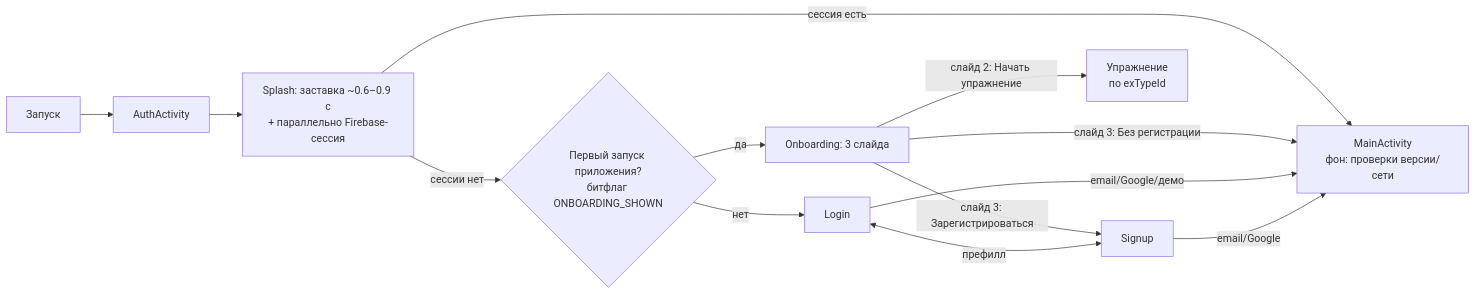
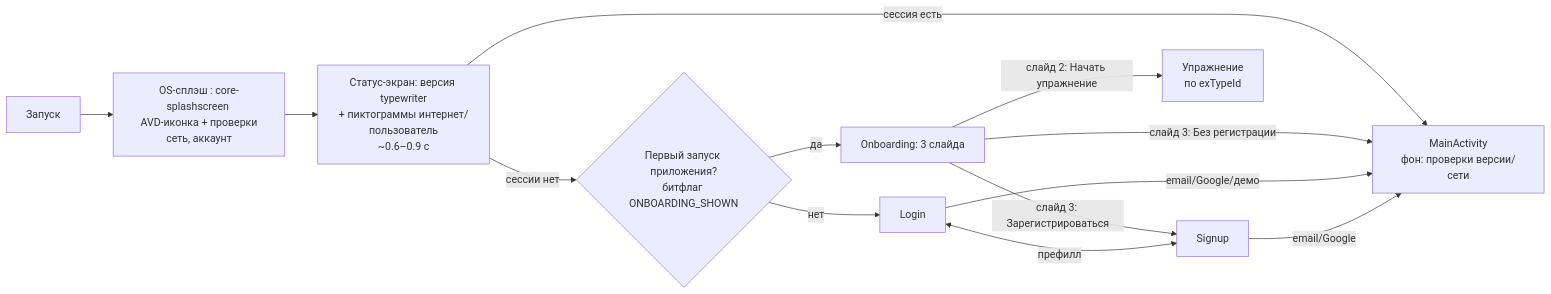
Before and after one commit to Aleksandr-Nebobzod/schulteplus: the diagram in docs/pdca/start-screens/design.md, drawn with Mermaid. The commit also changed other lines of this file and 58 other files, not shown here.

Commit message:
feat: add new splash, auth, anonim, mishmash

````diff
--- a/docs/pdca/start-screens/design.md
+++ b/docs/pdca/start-screens/design.md
@@ -8,15 +8,15 @@
 ```mermaid
 flowchart LR
-    START[Запуск] --> A[AuthActivity]
-    A --> SP[Splash: заставка ~0.6–0.9 c<br/>+ параллельно Firebase-сессия]
+    START[Запуск] --> OS[OS-сплэш : core-splashscreen <br/>AVD-иконка + проверки<br/>сеть, аккаунт]
+    OS --> SP[Статус-экран: версия typewriter<br/>+ пиктограммы интернет/пользователь<br/>~0.6–0.9 c]
     SP -->|сессия есть| MAIN[MainActivity<br/>фон: проверки версии/сети]
     SP -->|сессии нет| NB{Первый запуск приложения?<br/>битфлаг ONBOARDING_SHOWN}
     NB -->|да| OB[Onboarding: 3 слайда]
     NB -->|нет| L[Login]
     OB -->|слайд 3: Зарегистрироваться| SU[Signup]
     OB -->|слайд 3: Без регистрации| MAIN
     OB -->|слайд 2: Начать упражнение| EX[Упражнение<br/>по exTypeId]
     L <-->|префилл| SU
     L -->|email/Google/демо| MAIN
     SU -->|email/Google| MAIN
 ```
````
